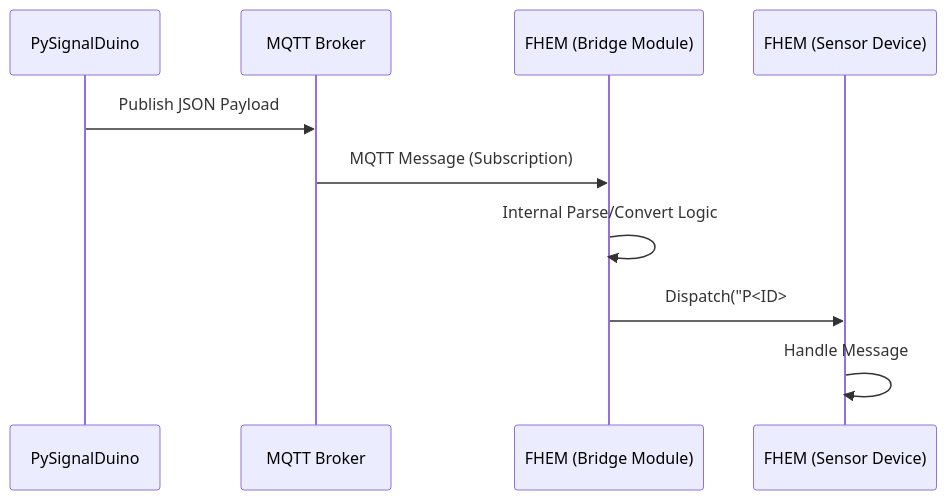
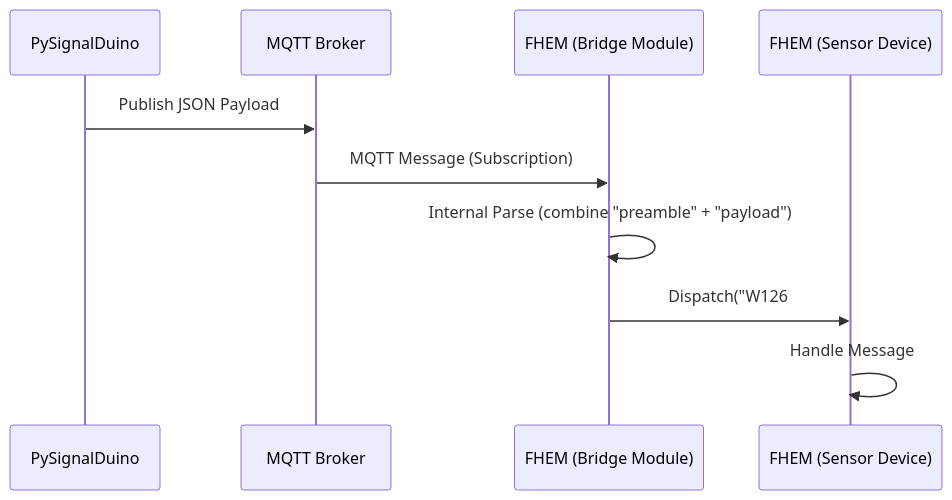
One commit to RFD-FHEM/PySignalduino changed the third of 5 diagrams in docs/architecture/proposals/fhem_mqtt_integration.adoc. Above: the diagram before and after it, drawn with Mermaid. The commit also changed other lines of this file and 5 other files, not shown here.

```diff
--- a/docs/architecture/proposals/fhem_mqtt_integration.adoc
+++ b/docs/architecture/proposals/fhem_mqtt_integration.adoc
@@ -194,14 +202,14 @@
 [mermaid]
 ....
 sequenceDiagram
     participant P as PySignalDuino
     participant M as MQTT Broker
     participant B as FHEM (Bridge Module)
     participant D as FHEM (Sensor Device)
 
     P ->> M: Publish JSON Payload
     M ->> B: MQTT Message (Subscription)
-    B ->> B: Internal Parse/Convert Logic
-    B ->> D: Dispatch("P<ID>#<DATA>")
+    B ->> B: Internal Parse (combine "preamble" + "payload")
+    B ->> D: Dispatch("W126#40...")
     D ->> D: Handle Message
 ....
```
